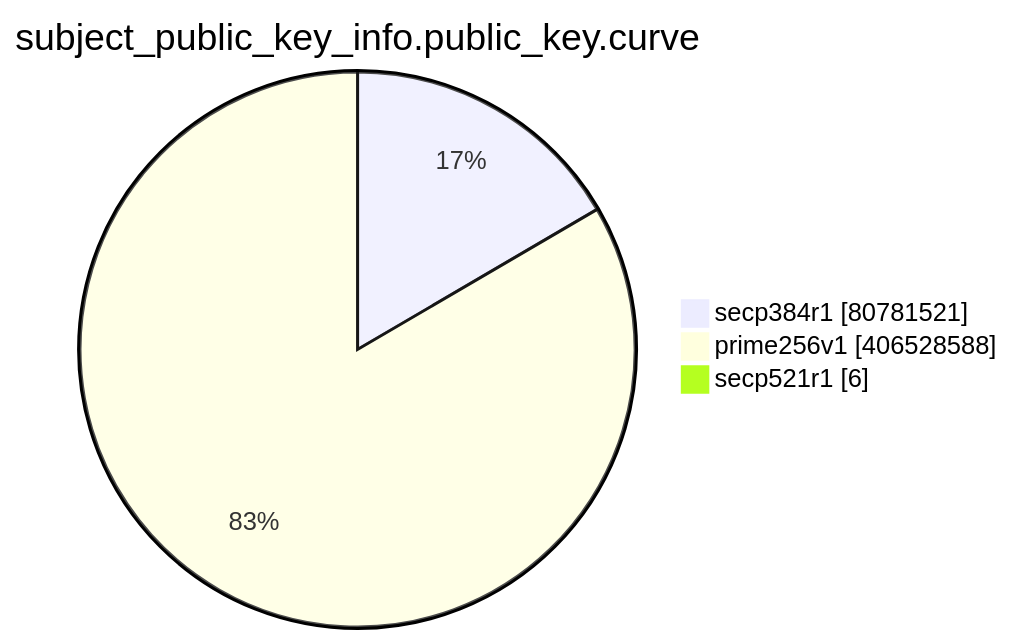
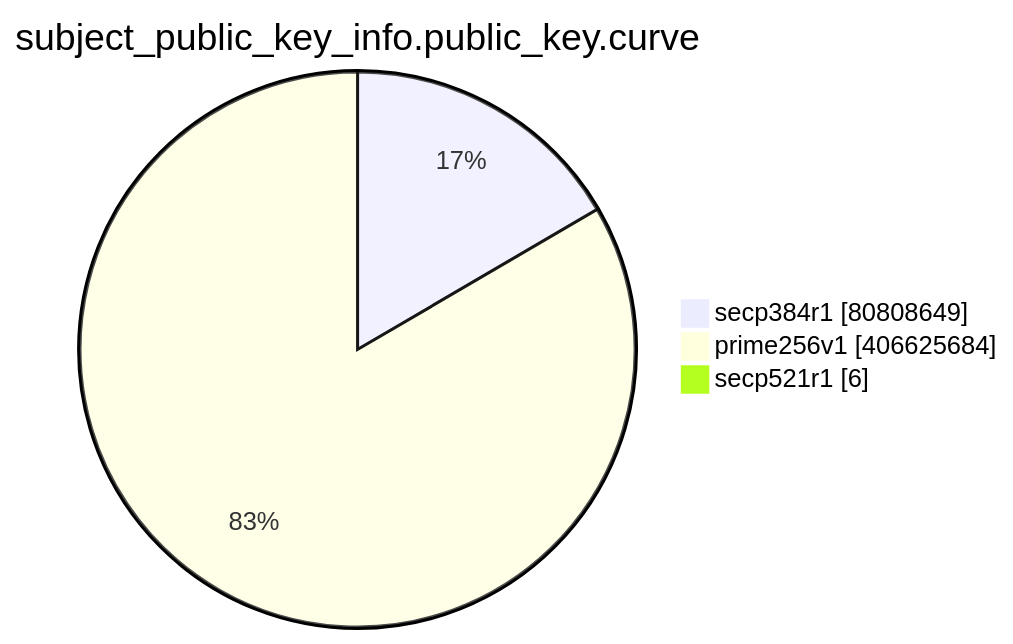
One commit to christiankrug/ctmonitor_visualization changed the eighth of 15 diagrams in TOTAL/README.md. Above: the diagram before and after it, drawn with Mermaid. The commit also changed other lines of this file, not shown here.

````diff
--- a/TOTAL/README.md
+++ b/TOTAL/README.md
@@ -3095,7 +3096,7 @@
 ```mermaid
 pie showData
 title subject_public_key_info.public_key.curve
-"secp384r1" :80781521
-"prime256v1" :406528588
+"secp384r1" :80808649
+"prime256v1" :406625684
 "secp521r1" :6
 ```
````
